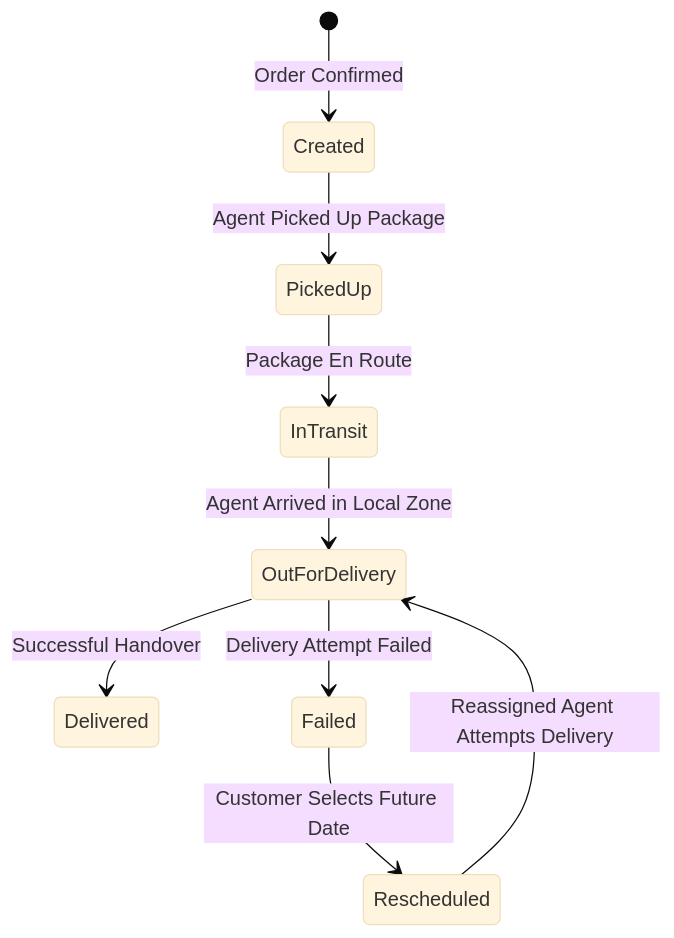
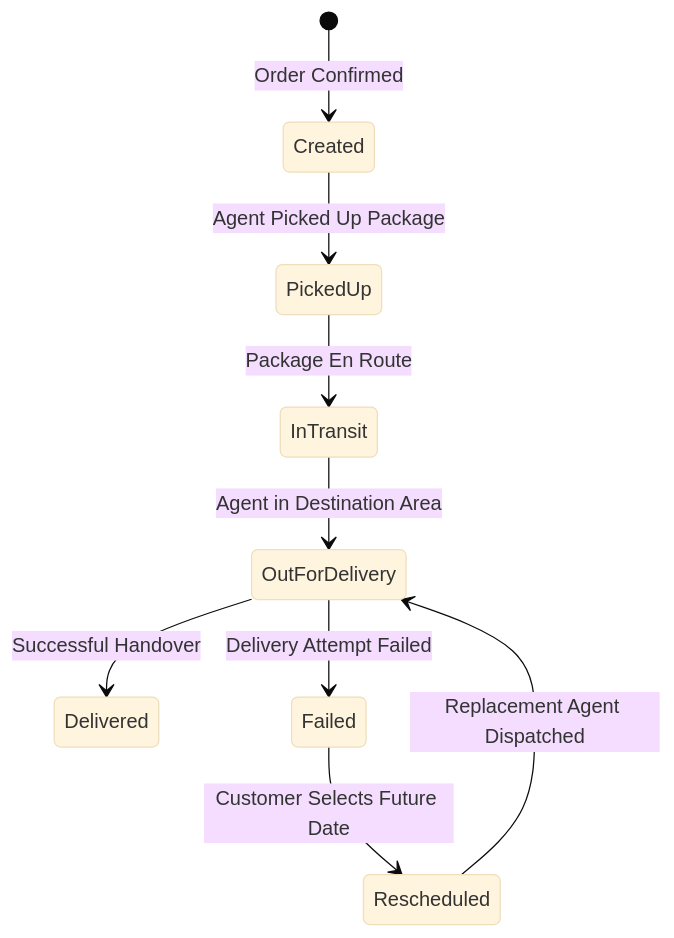
The diagram in README.md (VaishnavSreekumar/DeliveryTracker), drawn with Mermaid (base theme) before and after one commit. The commit also changed other lines of this file and 1 other file, not shown here.

````diff
--- a/README.md
+++ b/README.md
@@ -223,11 +157,11 @@
 ```mermaid
 stateDiagram-v2
     [*] --> Created: Order Confirmed
     Created --> PickedUp: Agent Picked Up Package
     PickedUp --> InTransit: Package En Route
-    InTransit --> OutForDelivery: Agent Arrived in Local Zone
+    InTransit --> OutForDelivery: Agent in Destination Area
     OutForDelivery --> Delivered: Successful Handover
     OutForDelivery --> Failed: Delivery Attempt Failed
     Failed --> Rescheduled: Customer Selects Future Date
-    Rescheduled --> OutForDelivery: Reassigned Agent Attempts Delivery
+    Rescheduled --> OutForDelivery: Replacement Agent Dispatched
 ```
````
